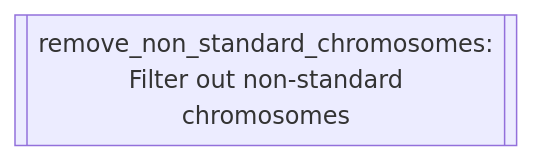
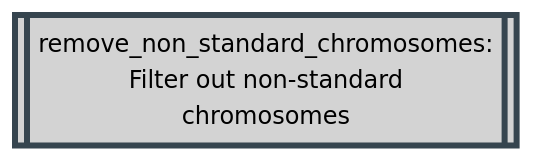
One commit to Tuks-ICMM/Pharmacogenetic-Analysis-Pipeline changed the tenth of 22 diagrams in docs/02-workflow/02-methodology-summary.md. Above: the diagram before and after it, drawn with Mermaid. The commit also changed other lines of this file, not shown here.

````diff
--- a/docs/02-workflow/02-methodology-summary.md
+++ b/docs/02-workflow/02-methodology-summary.md
@@ -559,4 +600,7 @@
   ```mermaid
   flowchart TD
+    classDef plink stroke:#36454F,fill:#D3D3D3,stroke-width:4px,color:black;
+
     remove_non_standard_chromosomes[[remove_non_standard_chromosomes:\nFilter out non-standard\nchromosomes]]
+    class remove_non_standard_chromosomes plink;
   ```
````
